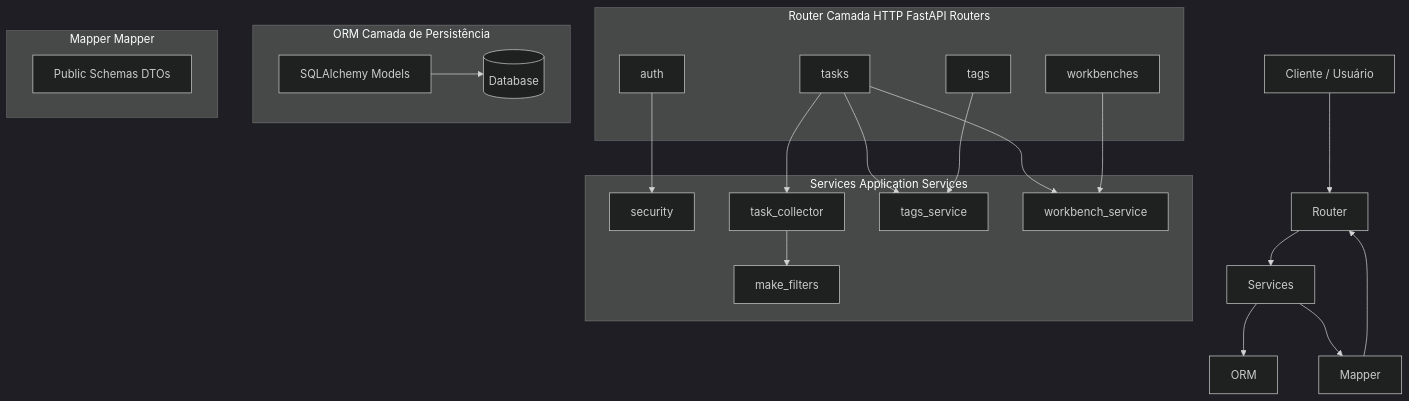
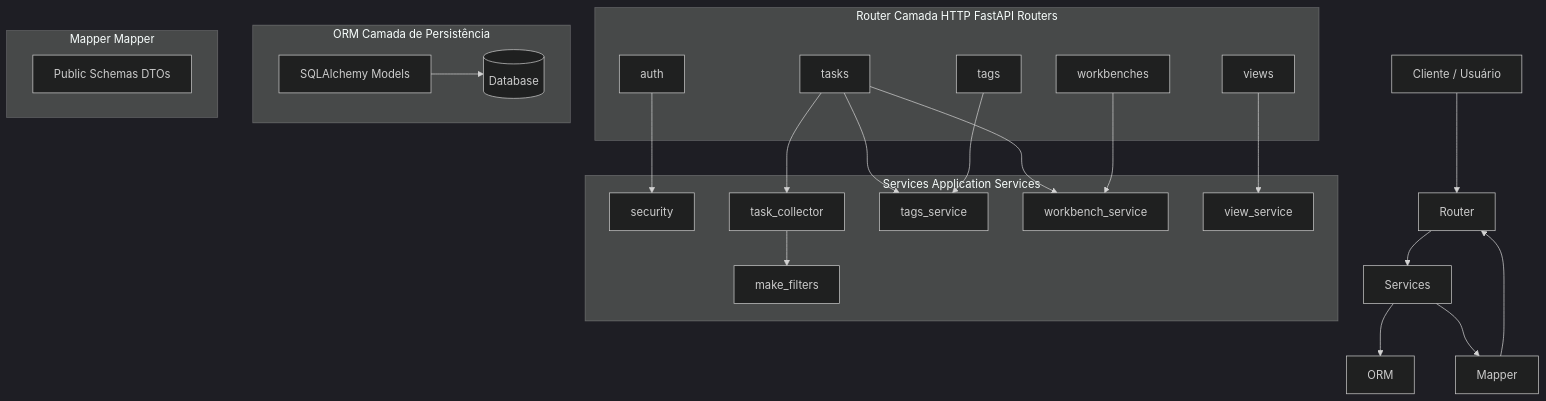
Before and after one commit to bruno-gabriel-muniz/joker-task: the diagram in README.md, drawn with Mermaid. The commit also changed other lines of this file, not shown here.

````diff
--- a/README.md
+++ b/README.md
@@ -146,49 +149,52 @@
 ```mermaid
 ---
 config:
   theme: dark
 ---
 flowchart TD
     User[Cliente / Usuário] --> Router
 
     subgraph Router Camada HTTP FastAPI Routers
         AuthRouter[auth]
         TaskRouter[tasks]
         TagRouter[tags]
         WorkbenchRouter[workbenches]
+        ViewRouter[views]
     end
     Router --> Services
 
     subgraph Services Application Services
         Security[security]
         TaskCollector[task_collector]
         TagService[tags_service]
         WorkbenchService[workbench_service]
+        ViewService[view_service]
         FilterFactory[make_filters]
     end
     AuthRouter --> Security
 
     TaskRouter --> TaskCollector
     TaskRouter --> TagService
     TaskRouter --> WorkbenchService
 
     TagRouter --> TagService
     WorkbenchRouter --> WorkbenchService
+    ViewRouter --> ViewService
 
     TaskCollector --> FilterFactory
     Services --> ORM
 
     subgraph ORM Camada de Persistência
         Models[SQLAlchemy Models]
         DB[(Database)]
     end
 
     Models --> DB
     Services --> Mapper
 
     subgraph Mapper Mapper
         PublicSchemas[Public Schemas DTOs]
     end
 
     Mapper --> Router
 ```
````
